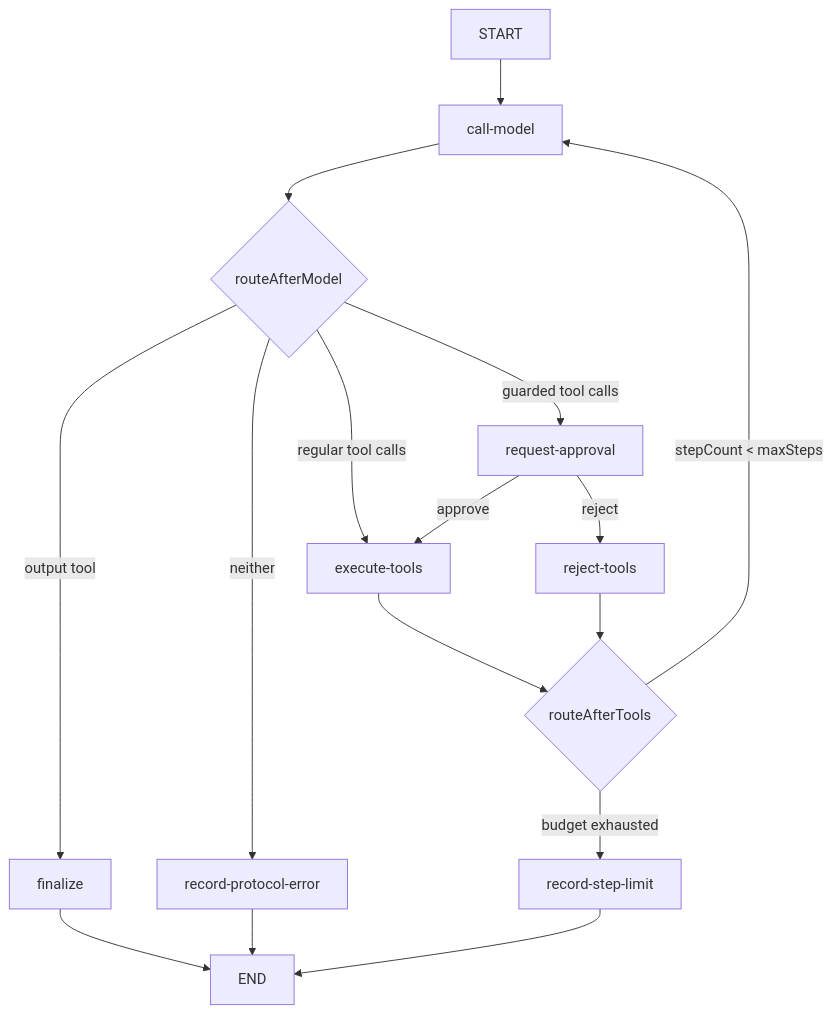
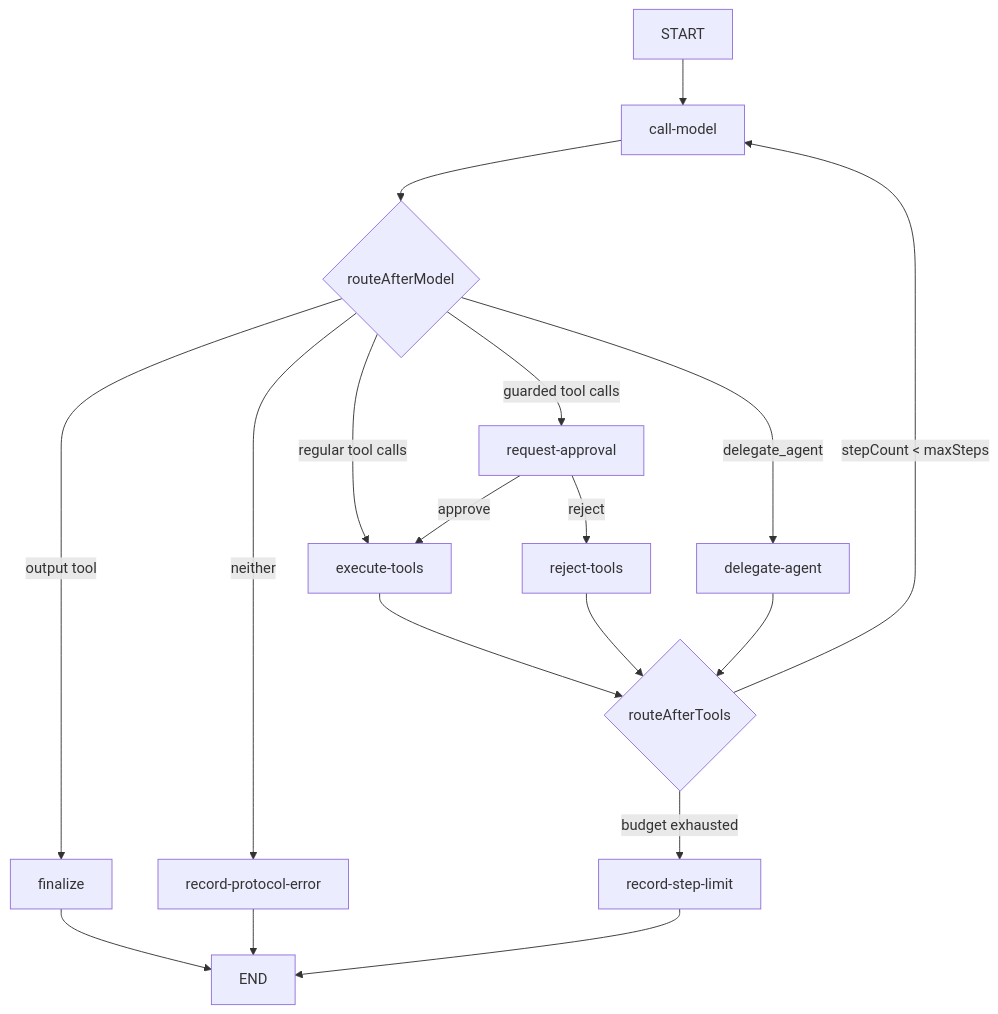
Before and after one commit to sarreche/boio-agents-lab: the diagram in docs/02-langgraph-runtime.md, drawn with Mermaid. The commit also changed other lines of this file and 28 other files, not shown here.

Commit message:
feat(subagents): add explicit delegation flow

````diff
--- a/docs/02-langgraph-runtime.md
+++ b/docs/02-langgraph-runtime.md
@@ -9,18 +9,20 @@
 ```mermaid
 flowchart TD
     START --> Model[call-model]
     Model --> ModelRoute{routeAfterModel}
     ModelRoute -->|regular tool calls| Tools[execute-tools]
     ModelRoute -->|guarded tool calls| Approval[request-approval]
+    ModelRoute -->|delegate_agent| Delegate[delegate-agent]
     Approval -->|approve| Tools
     Approval -->|reject| Reject[reject-tools]
     ModelRoute -->|output tool| Finalize[finalize]
     ModelRoute -->|neither| Protocol[record-protocol-error]
     Tools --> Budget{routeAfterTools}
     Reject --> Budget
+    Delegate --> Budget
     Budget -->|stepCount < maxSteps| Model
     Budget -->|budget exhausted| Limit[record-step-limit]
     Finalize --> END
     Protocol --> END
     Limit --> END
 ```
````
